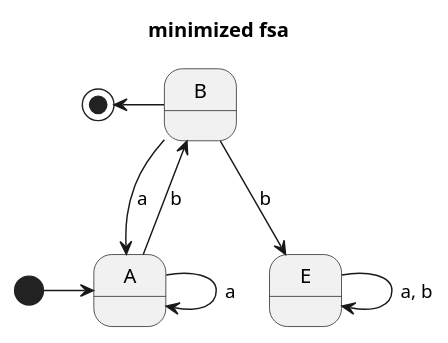
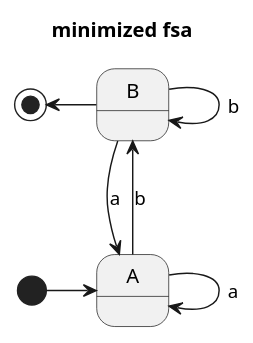
One commit to 1nbetw33n/Parkhaus changed the diagram in src/main/personal_spaces/bella/exercise6/no1/no1_minimized_fsa_v1.1.puml. Above: the diagram before and after it, drawn with PlantUML.

Commit message:
Revert "Updated no1_minimized_fsa_v1.1.puml and re-added E."
This reverts commit 5b37b06e

```diff
--- a/src/main/personal_spaces/bella/exercise6/no1/no1_minimized_fsa_v1.1.puml
+++ b/src/main/personal_spaces/bella/exercise6/no1/no1_minimized_fsa_v1.1.puml
@@ -1,17 +1,13 @@
 @startuml
 
 title **minimized fsa**
 [*] -right-> A
 
 A --> A : a
 A --> B : b
-
+B --> B : b
 B --> A : a
-B --> E : b
-
-E --> E : a, b
-
 
 B -left-> [*]
 
 @enduml
```
